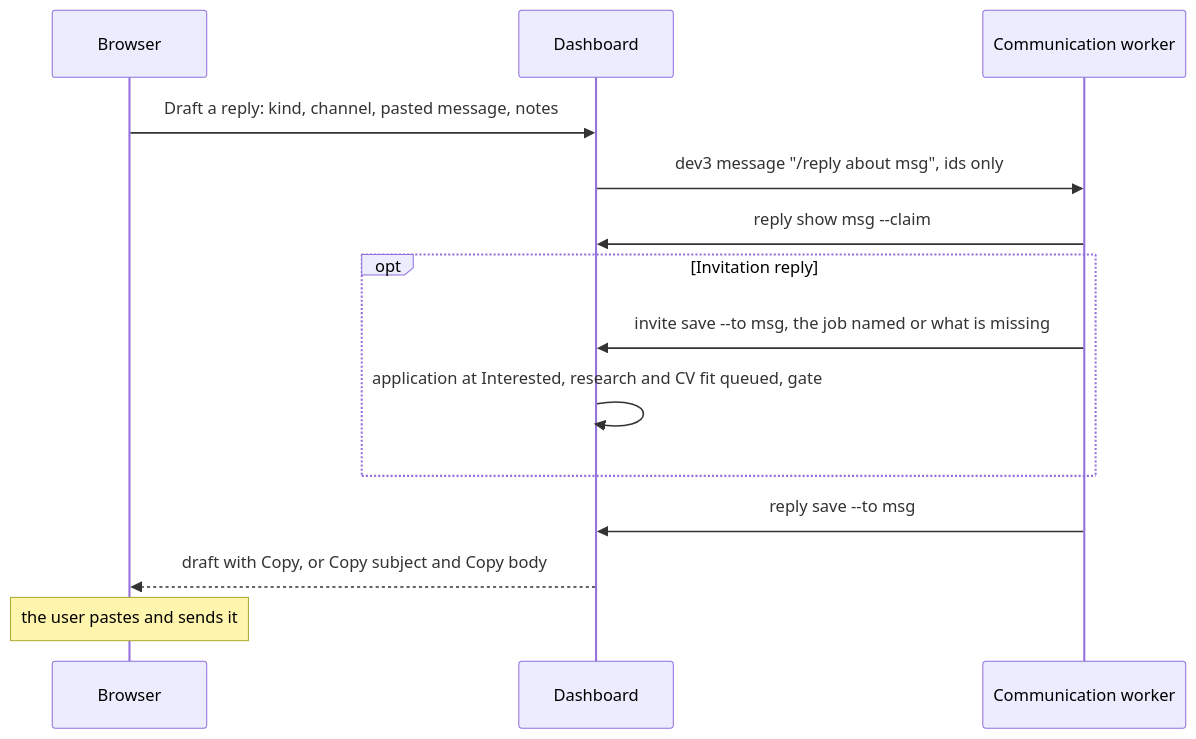
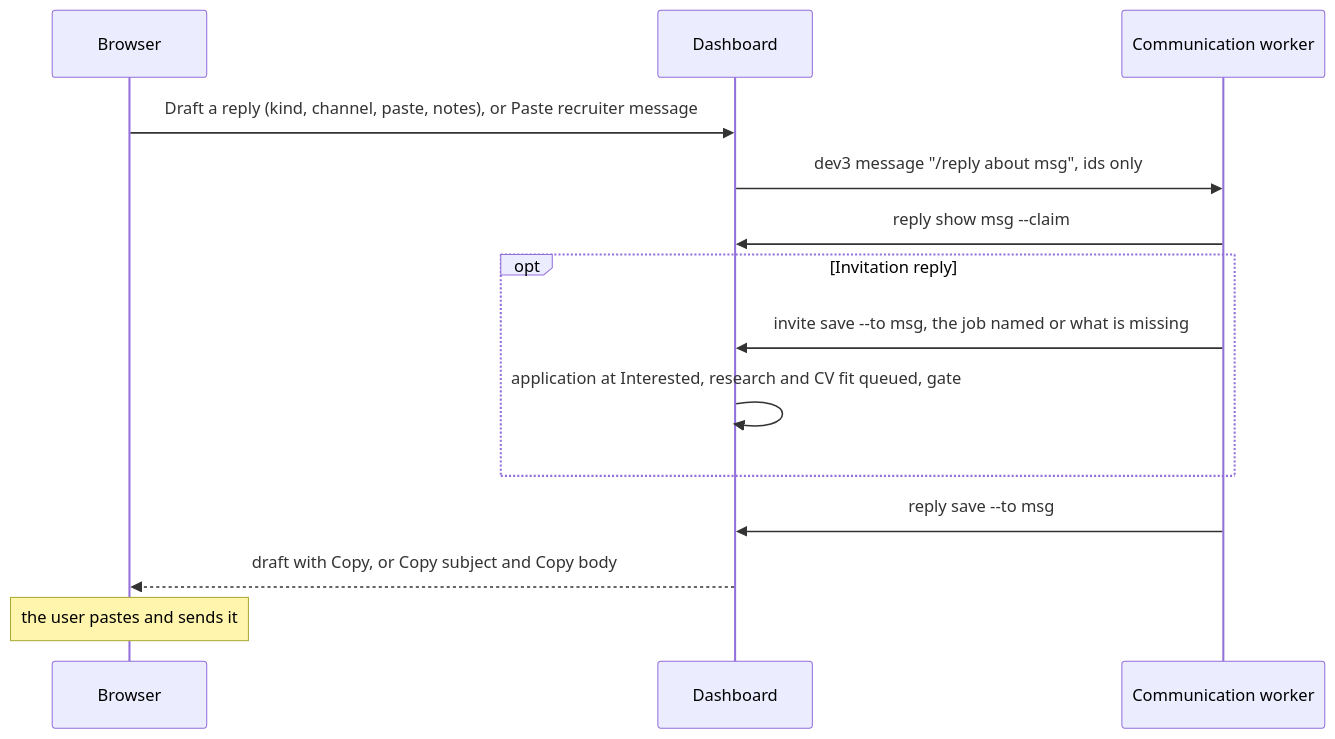
Before and after one commit to Pavlana/hirey: the fifth of 10 diagrams in docs/how-it-works.md, drawn with Mermaid. The commit also changed other lines of this file and 16 other files, not shown here.

First line of the commit message:
Invitations: one-step paste, editable reply, a card with only what needs attention

````diff
--- a/docs/how-it-works.md
+++ b/docs/how-it-works.md
@@ -196,16 +196,16 @@
 ```mermaid
 sequenceDiagram
     participant B as Browser
     participant W as Dashboard
     participant C as Communication worker
-    B->>W: Draft a reply: kind, channel, pasted message, notes
+    B->>W: Draft a reply (kind, channel, paste, notes), or Paste recruiter message
     W->>C: dev3 message "/reply about msg", ids only
     C->>W: reply show msg --claim
     opt Invitation reply
         C->>W: invite save --to msg, the job named or what is missing
         W->>W: application at Interested, research and CV fit queued, gate
     end
     C->>W: reply save --to msg
     W-->>B: draft with Copy, or Copy subject and Copy body
     Note over B: the user pastes and sends it
 ```
````
